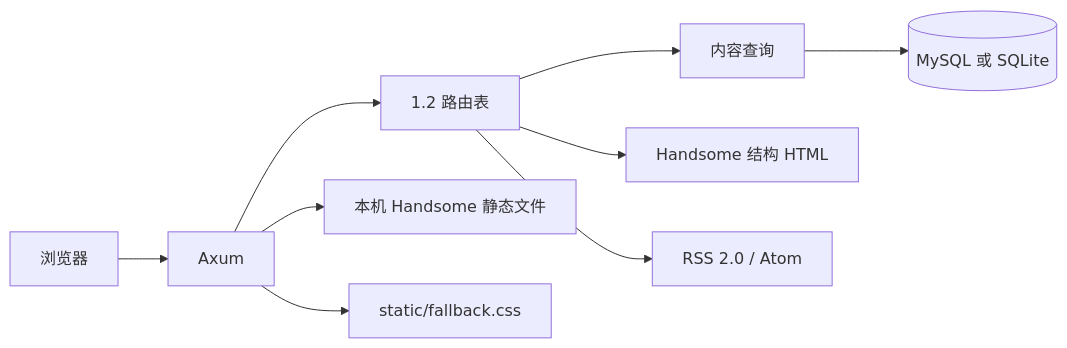
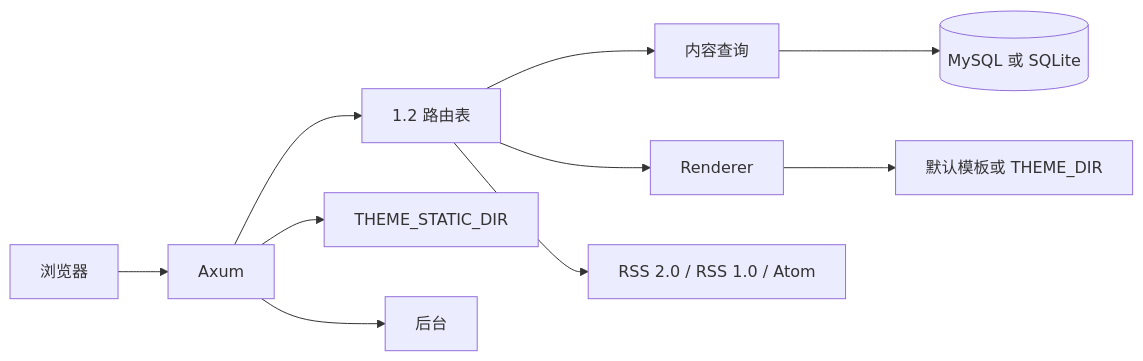
Before and after one commit to ModerRAS/Tiebidli: the diagram in docs/architecture.md, drawn with Mermaid. The commit also changed other lines of this file and 25 other files, not shown here.

````diff
--- a/docs/architecture.md
+++ b/docs/architecture.md
@@ -5,11 +5,12 @@
 ```mermaid
 flowchart LR
   browser[浏览器] --> axum[Axum]
   axum --> routes[1.2 路由表]
   routes --> repo[内容查询]
   repo --> db[(MySQL 或 SQLite)]
-  routes --> html[Handsome 结构 HTML]
-  routes --> feed[RSS 2.0 / Atom]
-  axum --> theme[本机 Handsome 静态文件]
-  axum --> fallback[static/fallback.css]
+  routes --> theme[Renderer]
+  theme --> html[默认模板或 THEME_DIR]
+  routes --> feed[RSS 2.0 / RSS 1.0 / Atom]
+  axum --> staticFiles[THEME_STATIC_DIR]
+  axum --> admin[后台]
 ```
````
